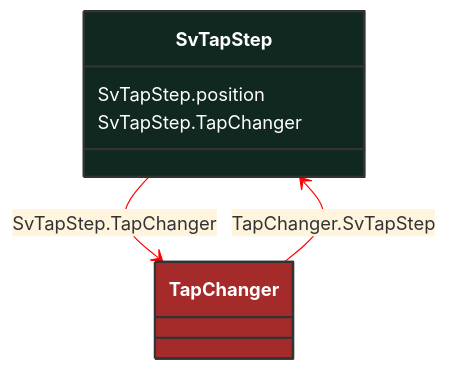
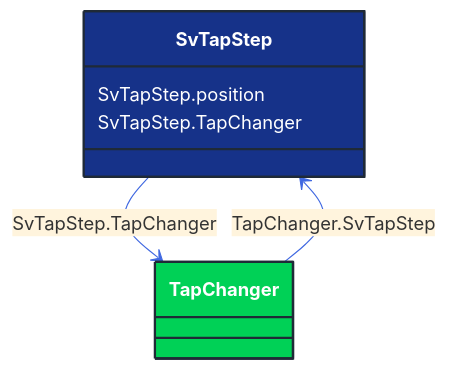
One commit to 3lbits/NoCIMExtensions changed the diagram in docs/Models/Profiles/StateVariables/ConcreteClasses/SvTapStep.md. Above: the diagram before and after it, drawn with Mermaid. The commit also changed 362 other files, not shown here.

First line of the commit message:
Update diagrams and styles for improved visual consistency

````diff
--- a/docs/Models/Profiles/StateVariables/ConcreteClasses/SvTapStep.md
+++ b/docs/Models/Profiles/StateVariables/ConcreteClasses/SvTapStep.md
@@ -8,23 +8,23 @@
 ```mermaid
-%%{init: {'theme':'base','themeVariables': {'lineColor': '#FF0000'}}}%%
+%%{init: {'theme':'base','themeVariables': {'lineColor': '#4169E1'}}}%%
 classDiagram
     class SvTapStep
     click SvTapStep href "/Models/Profiles/StateVariables/ConcreteClasses/SvTapStep/"
-    style SvTapStep fill:#102820,stroke:#333,stroke-width:2px,rx:10,ry:10,color:white
+    style SvTapStep fill:#163289,stroke:#1F2A37,stroke-width:2px,rx:10,ry:10,color:white
 
         SvTapStep --> TapChanger : SvTapStep.TapChanger
 
         TapChanger
             click TapChanger href "/Models/Profiles/StateVariables/AbstractClasses/TapChanger/"
-            style TapChanger fill:#A52A2A,stroke:#333,stroke-width:2px,rx:10,ry:10,color:white
+            style TapChanger fill:#00D156,stroke:#1F2A37,stroke-width:2px,rx:10,ry:10,color:white
 
         TapChanger --> SvTapStep : TapChanger.SvTapStep
 
         TapChanger
             click TapChanger href "/Models/Profiles/StateVariables/AbstractClasses/TapChanger/"
-            style TapChanger fill:#A52A2A,stroke:#333,stroke-width:2px,rx:10,ry:10,color:white
+            style TapChanger fill:#00D156,stroke:#1F2A37,stroke-width:2px,rx:10,ry:10,color:white
 
 
         SvTapStep : SvTapStep.position
         SvTapStep : SvTapStep.TapChanger
 ```
````
